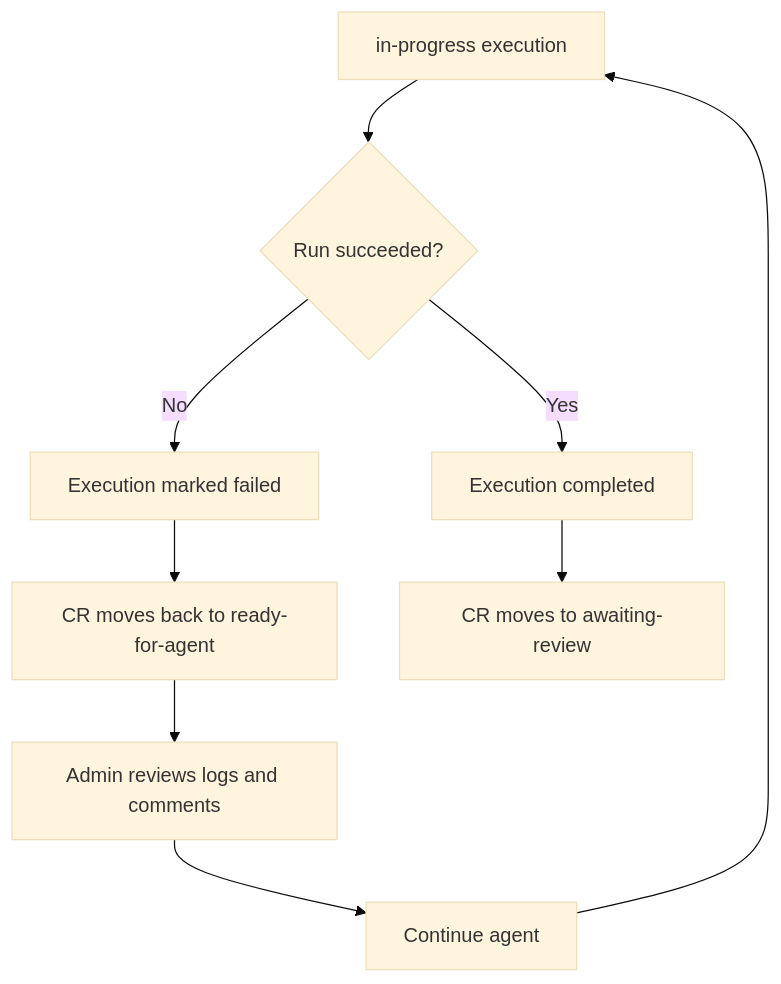
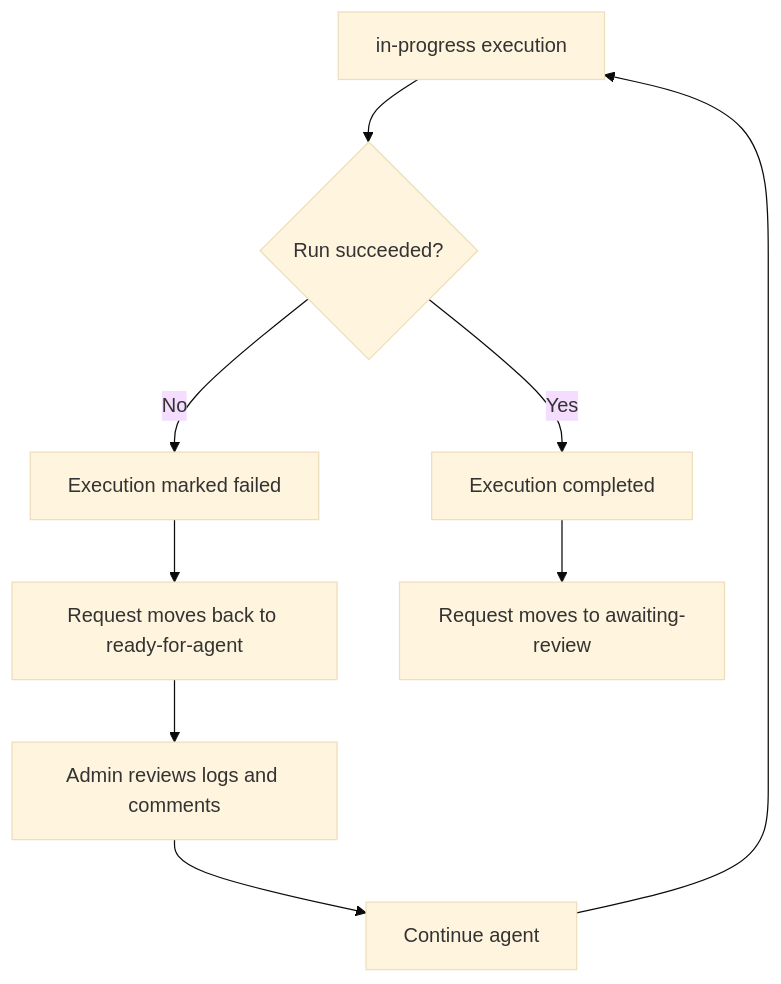
The sixth of 7 diagrams in docs/change-request-flow.md (superprismio/prism-railway-template), drawn with Mermaid (base theme) before and after one commit. The commit also changed other lines of this file and 29 other files, not shown here.

````diff
--- a/docs/change-request-flow.md
+++ b/docs/change-request-flow.md
@@ -123,11 +129,11 @@
 ```mermaid
 flowchart TD
     A[in-progress execution] --> B{Run succeeded?}
     B -- No --> C[Execution marked failed]
-    C --> D[CR moves back to ready-for-agent]
+    C --> D[Request moves back to ready-for-agent]
     D --> E[Admin reviews logs and comments]
     E --> F[Continue agent]
     F --> A
     B -- Yes --> G[Execution completed]
-    G --> H[CR moves to awaiting-review]
+    G --> H[Request moves to awaiting-review]
 ```
````
